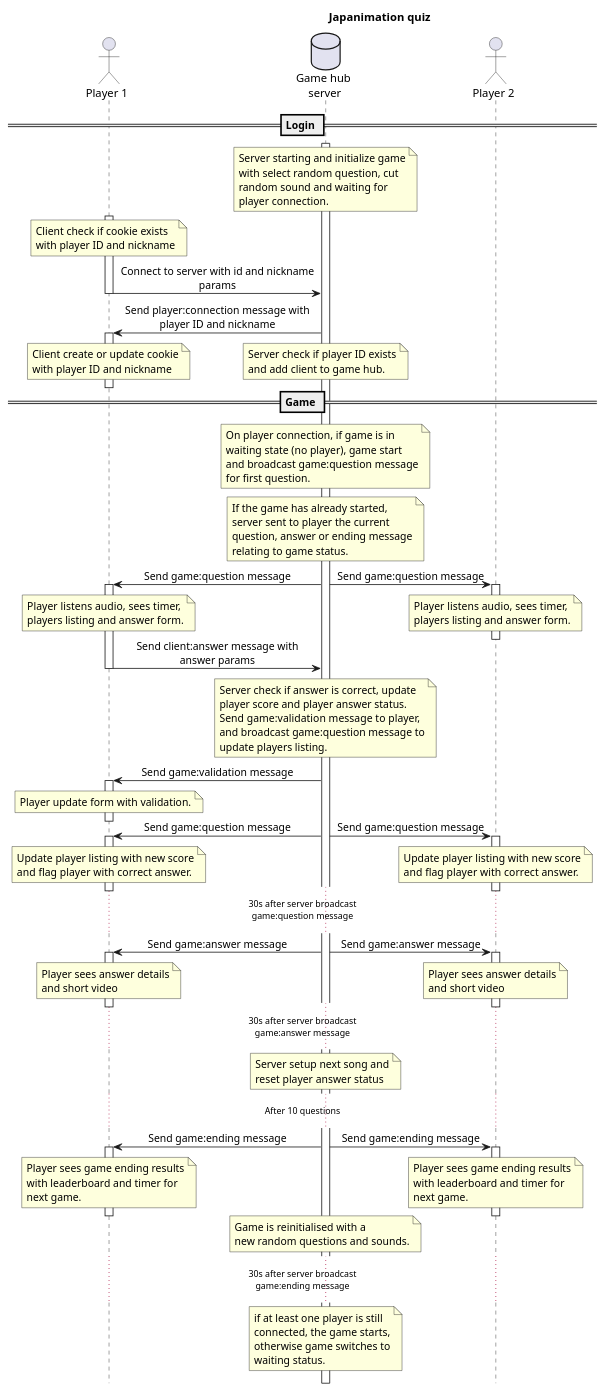
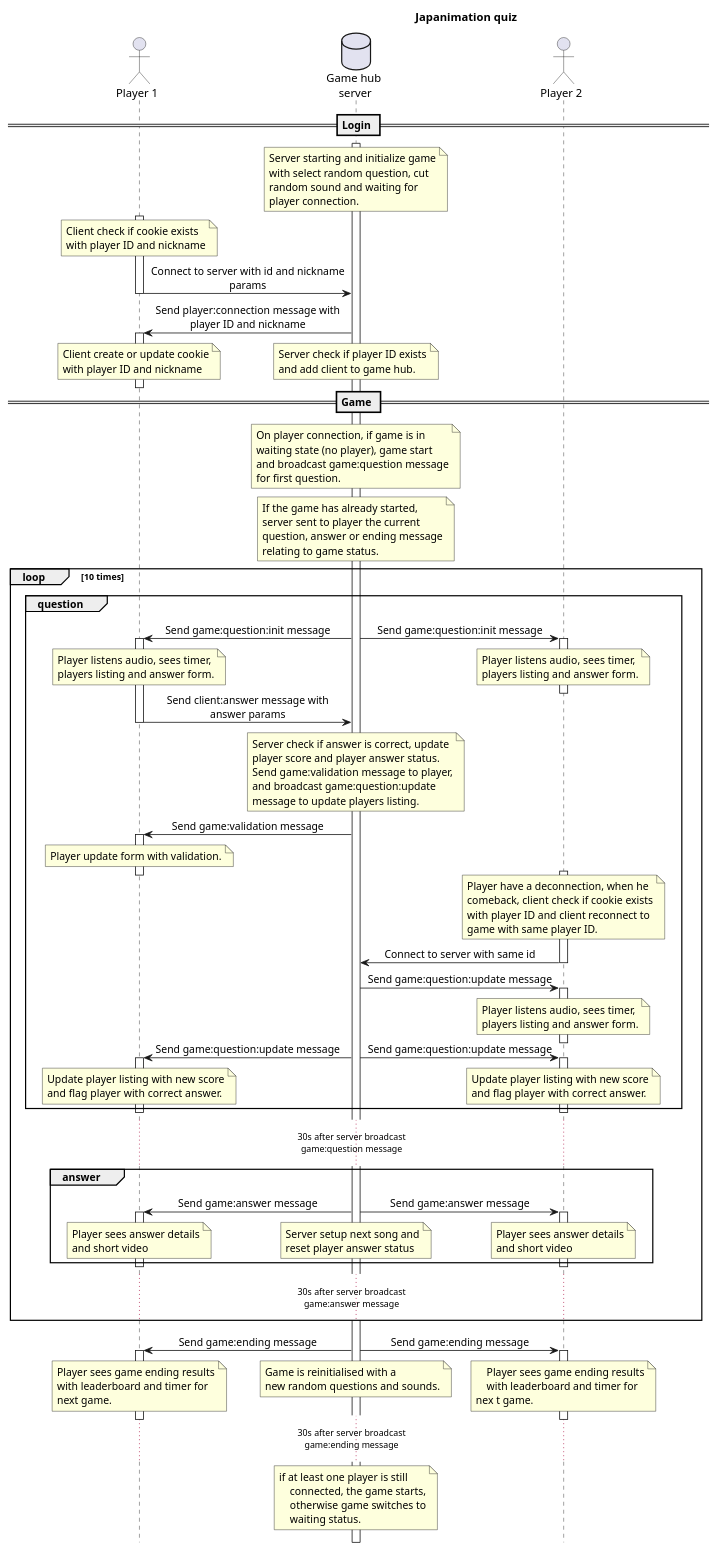
Before and after one commit to bersiroth/japanimation-quiz: the diagram in client/Game.puml, drawn with PlantUML. The commit also changed 6 other files, not shown here.

```diff
--- a/client/Game.puml
+++ b/client/Game.puml
@@ -1,164 +1,183 @@
 @startuml
 'https://plantuml.com/sequence-diagram
 scale 1
 hide footbox
 skinparam maxMessageSize 250
 !pragma teoz true
 skinparam sequenceMessageAlign center
 
 title Japanimation quiz
 
 actor "Player 1" as Player
 database "Game hub\n server" as Server
 actor "Player 2" as Player2
 
 == Login ==
 
 activate Server
 note over Server
-Server starting and initialize game
-with select random question, cut
-random sound and waiting for
-player connection.
+    Server starting and initialize game
+    with select random question, cut
+    random sound and waiting for
+    player connection.
 end note
 
 activate Player
 note over Player
-Client check if cookie exists
-with player ID and nickname
+    Client check if cookie exists
+    with player ID and nickname
 end note
 Player -> Server: Connect to server with id and nickname params
 deactivate Player
 
 Server -> Player: Send player:connection message with player ID and nickname
 
 activate Player
 note over Player
-Client create or update cookie
-with player ID and nickname
+    Client create or update cookie
+    with player ID and nickname
 end note
 /note over Server
-Server check if player ID exists
-and add client to game hub.
+    Server check if player ID exists
+    and add client to game hub.
 end note
 deactivate Player
 
 == Game ==
 
 note over Server
-On player connection, if game is in
-waiting state (no player), game start
-and broadcast game:question message
-for first question.
+    On player connection, if game is in
+    waiting state (no player), game start
+    and broadcast game:question message
+    for first question.
 end note
 note over Server
-If the game has already started,
-server sent to player the current
-question, answer or ending message
-relating to game status.
-end note
-Server -> Player: Send game:question message
-& Server -> Player2: Send game:question message
-
-activate Player
-activate Player2
-note over Player
-Player listens audio, sees timer,
-players listing and answer form.
-end note
-/note over Player2
-Player listens audio, sees timer,
-players listing and answer form.
-end note
-deactivate Player2
-
-Player -> Server: Send client:answer message with answer params
-deactivate Player
-note over Server
-Server check if answer is correct, update
-player score and player answer status.
-Send game:validation message to player,
-and broadcast game:question message to
-update players listing.
+    If the game has already started,
+    server sent to player the current
+    question, answer or ending message
+    relating to game status.
 end note
 
-Server -> Player: Send game:validation message
-activate Player
-note over Player
-Player update form with validation.
-end note
-deactivate Player
+loop 10 times
+    group question
+        Server -> Player: Send game:question:init message
+        & Server -> Player2: Send game:question:init message
 
-Server -> Player: Send game:question message
-& Server -> Player2: Send game:question message
-activate Player
-activate Player2
-note over Player
-Update player listing with new score
-and flag player with correct answer.
-end note
-/note over Player2
-Update player listing with new score
-and flag player with correct answer.
-end note
-deactivate Player2
-deactivate Player
+        activate Player
+        activate Player2
+        note over Player
+            Player listens audio, sees timer,
+            players listing and answer form.
+        end note
+        /note over Player2
+            Player listens audio, sees timer,
+            players listing and answer form.
+        end note
+        deactivate Player2
 
-...30s after server broadcast\ngame:question message...
+        Player -> Server: Send client:answer message with answer params
+        deactivate Player
+        note over Server
+            Server check if answer is correct, update
+            player score and player answer status.
+            Send game:validation message to player,
+            and broadcast game:question:update
+            message to update players listing.
+        end note
 
-Server -> Player: Send game:answer message
-& Server -> Player2: Send game:answer message
-activate Player
-activate Player2
-note over Player
-Player sees answer details
-and short video
-end note
-/note over Player2
-Player sees answer details
-and short video
-end note
-deactivate Player2
-deactivate Player
+        Server -> Player: Send game:validation message
+        activate Player
+        note over Player
+            Player update form with validation.
+        end note
+        deactivate Player
 
-...30s after server broadcast\ngame:answer message...
+        activate Player2
+        note over Player2
+            Player have a deconnection, when he
+            comeback, client check if cookie exists
+            with player ID and client reconnect to
+            game with same player ID.
+        end note
+        Player2 -> Server: Connect to server with same id
+        deactivate Player2
+        Server -> Player2: Send game:question:update message
+        activate Player2
+        note over Player2
+            Player listens audio, sees timer,
+            players listing and answer form.
+        end note
+        deactivate Player2
 
-note over Server
-Server setup next song and
-reset player answer status
-end note
+        Server -> Player: Send game:question:update message
+        & Server -> Player2: Send game:question:update message
+        activate Player
+        activate Player2
+        note over Player
+            Update player listing with new score
+            and flag player with correct answer.
+        end note
+        /note over Player2
+            Update player listing with new score
+            and flag player with correct answer.
+        end note
+        deactivate Player2
+        deactivate Player
+    end
+    ...30s after server broadcast\ngame:question message...
 
-...After 10 questions...
+    group answer
+        Server -> Player: Send game:answer message
+        & Server -> Player2: Send game:answer message
+        activate Player
+        activate Player2
+        note over Player
+            Player sees answer details
+            and short video
+        end note
+        /note over Player2
+            Player sees answer details
+            and short video
+        end note
+        /note over Server
+            Server setup next song and
+            reset player answer status
+        end note
+        deactivate Player2
+        deactivate Player
+    end
+    ...30s after server broadcast\ngame:answer message...
+
+end
 
 Server -> Player: Send game:ending message
 & Server -> Player2: Send game:ending message
 activate Player
 activate Player2
 note over Player
-Player sees game ending results
-with leaderboard and timer for
-next game.
+    Player sees game ending results
+    with leaderboard and timer for
+    next game.
 end note
 /note over Player2
-Player sees game ending results
-with leaderboard and timer for
-next game.
+    Player sees game ending results
+    with leaderboard and timer for
+nex t game.
+end note
+/note over Server
+    Game is reinitialised with a
+    new random questions and sounds.
 end note
 deactivate Player2
 deactivate Player
-
-note over Server
-Game is reinitialised with a
-new random questions and sounds.
-end note
 
 ...30s after server broadcast\ngame:ending message...
 
 note over Server
 if at least one player is still
-connected, the game starts,
-otherwise game switches to
-waiting status.
+    connected, the game starts,
+    otherwise game switches to
+    waiting status.
 end note
 
 @enduml
```
